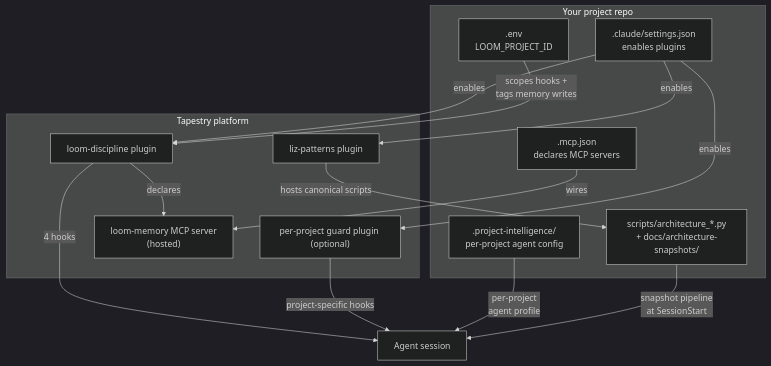
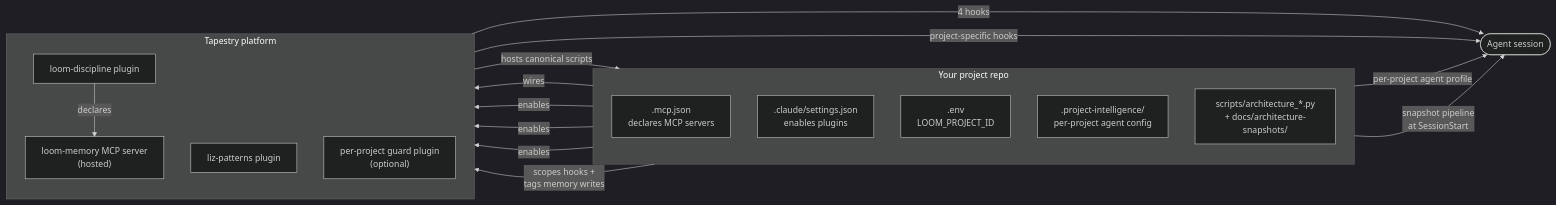
One commit to Lizo-RoadTown/tapestry changed the third of 3 diagrams in apps/docs-site/src/content/docs/start/what-stays-on-track.md. Above: the diagram before and after it, drawn with Mermaid (dark theme). The commit also changed 1 other file, not shown here.

Commit message:
docs(site): v1.3.2 — restructure weak-bonds + parts-compose diagrams
Two more diagram cramping issues on discipline-stack (one of which also
appeared on start/what-stays-on-track):

1. Weak-bonds diagram (8-9 nodes radiating from User<->Agent interface
   to Poor project, all on the same level): mermaid laid the bonds out
   horizontally in a single row of tiny columns. Restructured to LR
   outer with the bonds inside a TB-direction subgraph so they stack
   vertically as a list. Also added the 'Patterns invisible across
   sessions' bond that should have been there since the observer page
   landed.

2. 'How the parts compose' diagram (PROJECT subgraph + PLATFORM subgraph
   + Agent session): the inner subgraph nodes were cramped horizontally
   because the outer was TB without inner direction overrides.
   Restructured to LR outer with both subgraphs using direction TB so
   their internal nodes stack vertically, and Agent session sits to the
   right as the convergence point. Applied to both discipline-stack and
   what-stays-on-track since they share this diagram.

````diff
--- a/apps/docs-site/src/content/docs/start/what-stays-on-track.md
+++ b/apps/docs-site/src/content/docs/start/what-stays-on-track.md
@@ -71,29 +71,33 @@
 ```mermaid
-flowchart TB
+flowchart LR
   subgraph PROJECT["Your project repo"]
+    direction TB
     MCP[".mcp.json<br/>declares MCP servers"]
     SETTINGS[".claude/settings.json<br/>enables plugins"]
     ENV[".env<br/>LOOM_PROJECT_ID"]
     PI[".project-intelligence/<br/>per-project agent config"]
     SNAP["scripts/architecture_*.py<br/>+ docs/architecture-snapshots/"]
   end
 
   subgraph PLATFORM["Tapestry platform"]
+    direction TB
     PLUGIN1["loom-discipline plugin"]
     PLUGIN2["liz-patterns plugin"]
-    PLUGIN3["per-project guard plugin (optional)"]
+    PLUGIN3["per-project guard plugin<br/>(optional)"]
     MEMORY["loom-memory MCP server<br/>(hosted)"]
   end
+
+  AGENT(["Agent session"])
 
   MCP -->|"wires"| MEMORY
   SETTINGS -->|"enables"| PLUGIN1
   SETTINGS -->|"enables"| PLUGIN2
   SETTINGS -->|"enables"| PLUGIN3
   PLUGIN1 -->|"declares"| MEMORY
-  PLUGIN1 -->|"4 hooks"| AGENT["Agent session"]
+  PLUGIN1 -->|"4 hooks"| AGENT
   PLUGIN3 -->|"project-specific hooks"| AGENT
   PLUGIN2 -->|"hosts canonical scripts"| SNAP
   ENV -->|"scopes hooks +<br/>tags memory writes"| PLUGIN1
-  PI -->|"per-project<br/>agent profile"| AGENT
+  PI -->|"per-project agent profile"| AGENT
   SNAP -->|"snapshot pipeline<br/>at SessionStart"| AGENT
 ```
````
